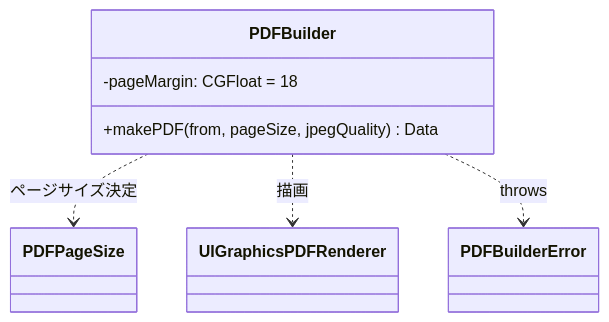
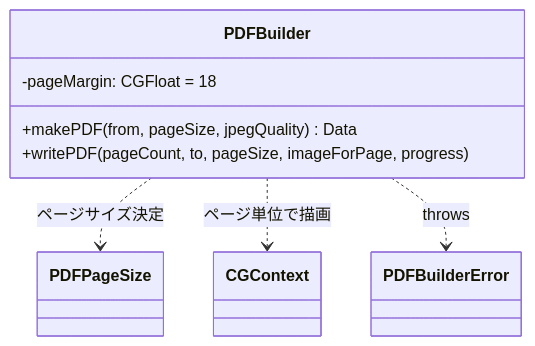
The first of 2 diagrams in DocScanner/PDF/README.md (gomurin0428/DocScanner), drawn with Mermaid before and after one commit. The commit also changed other lines of this file and 28 other files, not shown here.

````diff
--- a/DocScanner/PDF/README.md
+++ b/DocScanner/PDF/README.md
@@ -17,10 +20,11 @@
 ```mermaid
 classDiagram
     class PDFBuilder {
         -pageMargin: CGFloat = 18
         +makePDF(from, pageSize, jpegQuality) Data
+        +writePDF(pageCount, to, pageSize, imageForPage, progress)
     }
     PDFBuilder ..> PDFPageSize : ページサイズ決定
-    PDFBuilder ..> UIGraphicsPDFRenderer : 描画
+    PDFBuilder ..> CGContext : ページ単位で描画
     PDFBuilder ..> PDFBuilderError : throws
 ```
````
